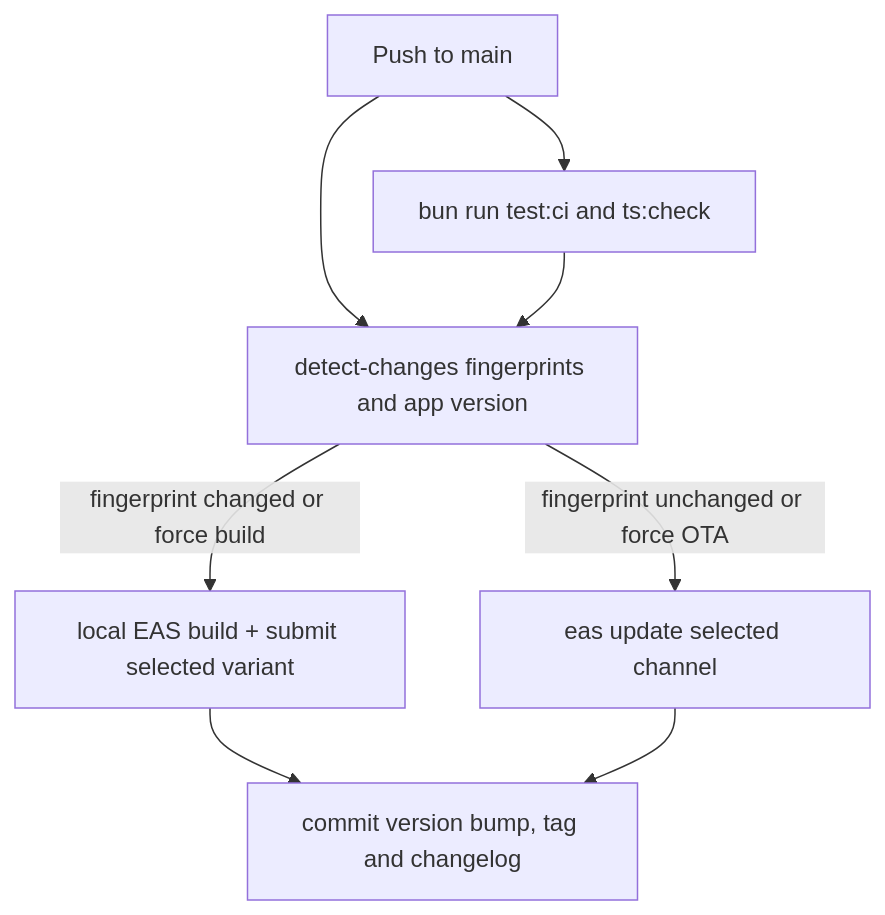
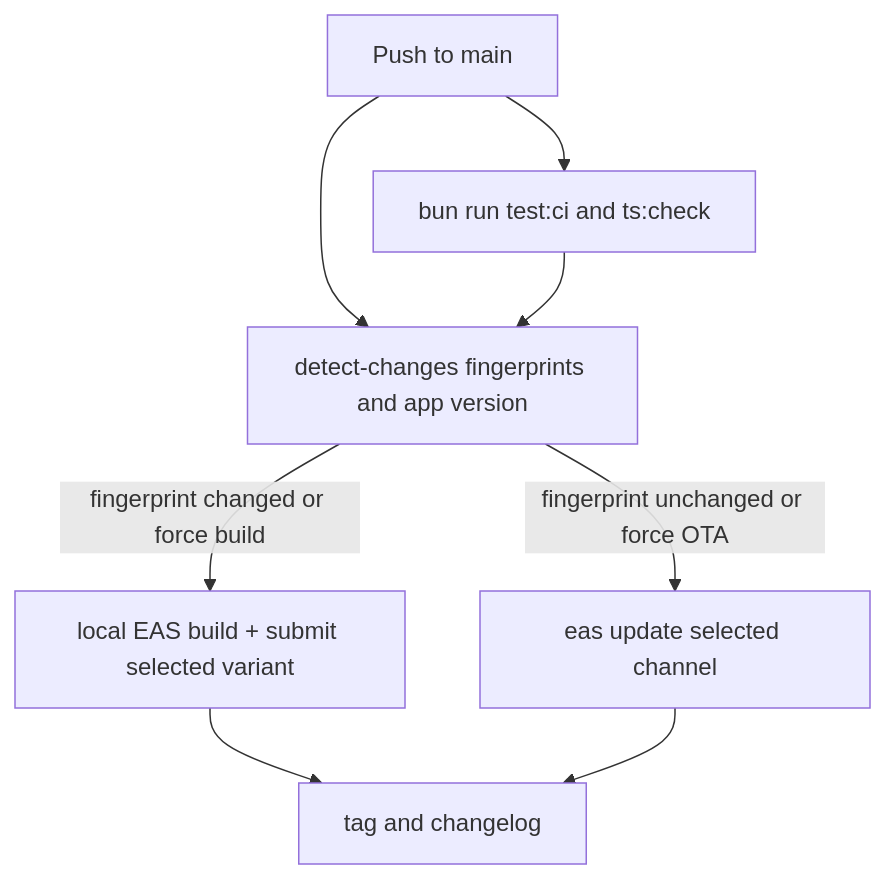
One commit to luke-h1/foam changed the second of 4 diagrams in README.md. Above: the diagram before and after it, drawn with Mermaid. The commit also changed other lines of this file and 7 other files, not shown here.

````diff
--- a/README.md
+++ b/README.md
@@ -527,10 +527,10 @@
 ```mermaid
 flowchart TD
   A[Push to main] --> D[detect-changes fingerprints and app version]
   A --> T[bun run test:ci and ts:check]
   T --> D
   D -->|fingerprint changed or force build| B[local EAS build + submit selected variant]
   D -->|fingerprint unchanged or force OTA| U[eas update selected channel]
-  B --> R[commit version bump, tag and changelog]
+  B --> R[tag and changelog]
   U --> R
 ```
````
